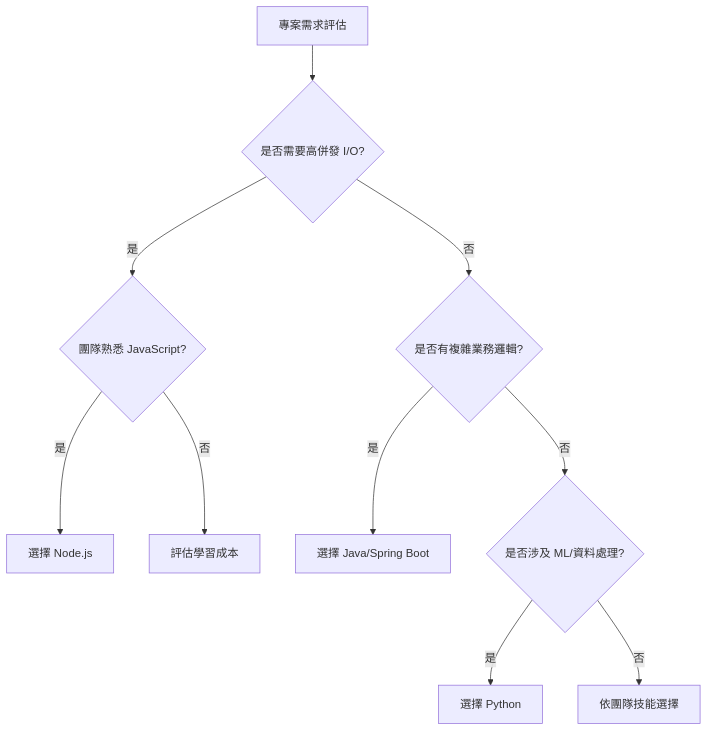
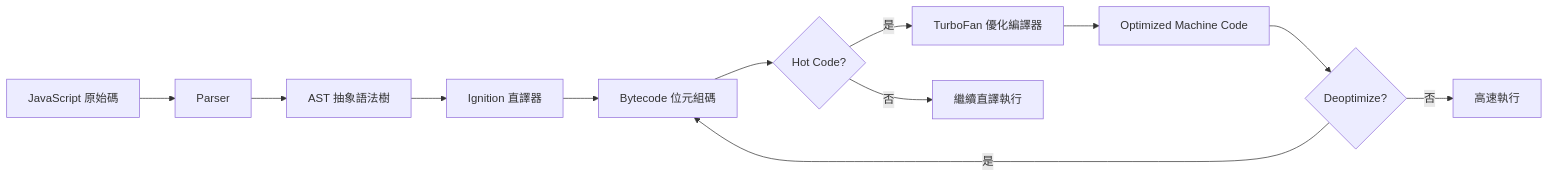
Before and after one commit to chihhung/Blog: the second of 30 diagrams in content/posts/教學/framework/Node.js生態系教學手冊.md, drawn with Mermaid. The commit also changed other lines of this file, not shown here.

Commit message:
更新 Node.js 生態系教學手冊

````diff
--- a/content/posts/教學/framework/Node.js生態系教學手冊.md
+++ b/content/posts/教學/framework/Node.js生態系教學手冊.md
@@ -175,15 +361,14 @@
 ```mermaid
-flowchart TD
-    A[專案需求評估] --> B{是否需要高併發 I/O?}
-    B -->|是| C{團隊熟悉 JavaScript?}
-    B -->|否| D{是否有複雜業務邏輯?}
-    
-    C -->|是| E[選擇 Node.js]
-    C -->|否| F[評估學習成本]
-    
-    D -->|是| G[選擇 Java/Spring Boot]
-    D -->|否| H{是否涉及 ML/資料處理?}
-    
-    H -->|是| I[選擇 Python]
-    H -->|否| J[依團隊技能選擇]
+flowchart LR
+    A[JavaScript 原始碼] --> B[Parser]
+    B --> C[AST 抽象語法樹]
+    C --> D[Ignition 直譯器]
+    D --> E[Bytecode 位元組碼]
+    E --> F{Hot Code?}
+    F -->|是| G[TurboFan 優化編譯器]
+    G --> H[Optimized Machine Code]
+    F -->|否| I[繼續直譯執行]
+    H --> J{Deoptimize?}
+    J -->|是| E
+    J -->|否| K[高速執行]
 ```
````
